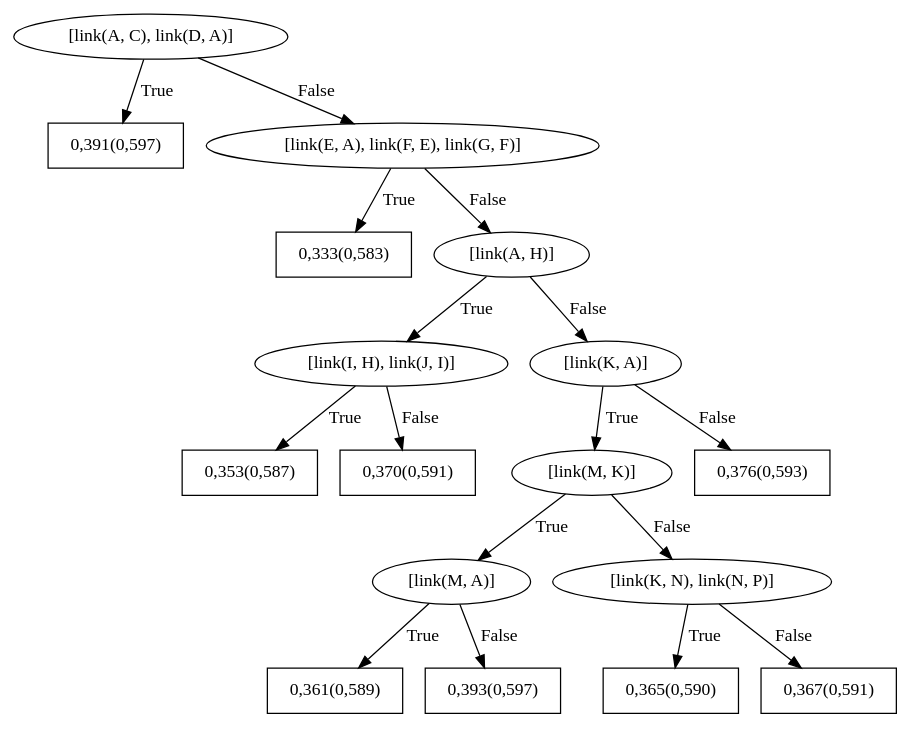
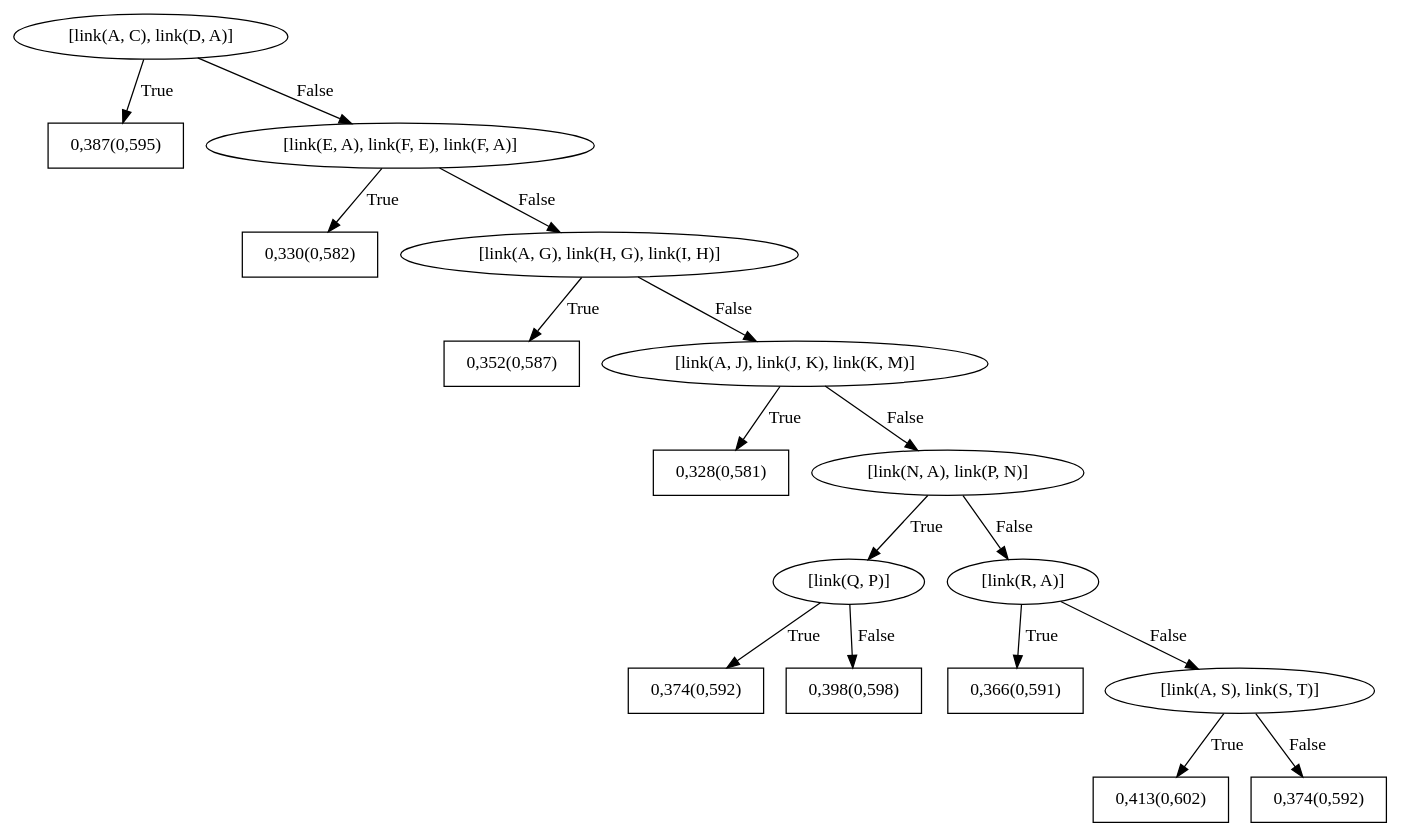
One commit to GabrielaPC/Trabalho-SRL changed the diagram in SRLBoost/data/citeseer/train/models/bRDNs/dotFiles/WILLTreeFor_hasCat3.dot. Above: the diagram before and after it, drawn with Graphviz. The commit also changed 63 other files, not shown here.

```diff
--- a/SRLBoost/data/citeseer/train/models/bRDNs/dotFiles/WILLTreeFor_hasCat3.dot
+++ b/SRLBoost/data/citeseer/train/models/bRDNs/dotFiles/WILLTreeFor_hasCat3.dot
@@ -1,35 +1,35 @@
 digraph G{ 
 1[label = "[link(A, C), link(D, A)]"];
 1 -> 2[label="True"];
 1 -> 3[label="False"];
-2[shape = box,label = "0,391(0,597)"];
-3[label = "[link(E, A), link(F, E), link(G, F)]"];
+2[shape = box,label = "0,387(0,595)"];
+3[label = "[link(E, A), link(F, E), link(F, A)]"];
 3 -> 4[label="True"];
 3 -> 5[label="False"];
-4[shape = box,label = "0,333(0,583)"];
-5[label = "[link(A, H)]"];
+4[shape = box,label = "0,330(0,582)"];
+5[label = "[link(A, G), link(H, G), link(I, H)]"];
 5 -> 6[label="True"];
 5 -> 7[label="False"];
-6[label = "[link(I, H), link(J, I)]"];
-6 -> 8[label="True"];
-6 -> 9[label="False"];
-8[shape = box,label = "0,353(0,587)"];
-9[shape = box,label = "0,370(0,591)"];
-7[label = "[link(K, A)]"];
-7 -> 10[label="True"];
-7 -> 11[label="False"];
-10[label = "[link(M, K)]"];
+6[shape = box,label = "0,352(0,587)"];
+7[label = "[link(A, J), link(J, K), link(K, M)]"];
+7 -> 8[label="True"];
+7 -> 9[label="False"];
+8[shape = box,label = "0,328(0,581)"];
+9[label = "[link(N, A), link(P, N)]"];
+9 -> 10[label="True"];
+9 -> 11[label="False"];
+10[label = "[link(Q, P)]"];
 10 -> 12[label="True"];
 10 -> 13[label="False"];
-12[label = "[link(M, A)]"];
-12 -> 14[label="True"];
-12 -> 15[label="False"];
-14[shape = box,label = "0,361(0,589)"];
-15[shape = box,label = "0,393(0,597)"];
-13[label = "[link(K, N), link(N, P)]"];
-13 -> 16[label="True"];
-13 -> 17[label="False"];
-16[shape = box,label = "0,365(0,590)"];
-17[shape = box,label = "0,367(0,591)"];
-11[shape = box,label = "0,376(0,593)"];
+12[shape = box,label = "0,374(0,592)"];
+13[shape = box,label = "0,398(0,598)"];
+11[label = "[link(R, A)]"];
+11 -> 14[label="True"];
+11 -> 15[label="False"];
+14[shape = box,label = "0,366(0,591)"];
+15[label = "[link(A, S), link(S, T)]"];
+15 -> 16[label="True"];
+15 -> 17[label="False"];
+16[shape = box,label = "0,413(0,602)"];
+17[shape = box,label = "0,374(0,592)"];
 }
```
